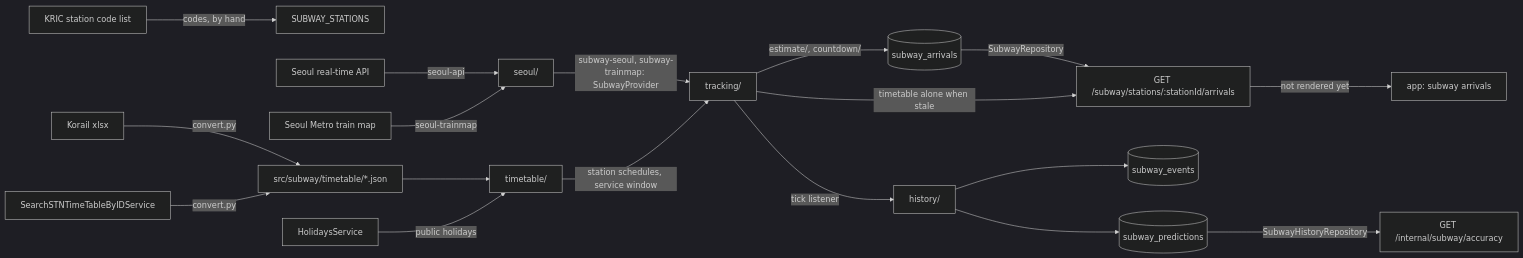
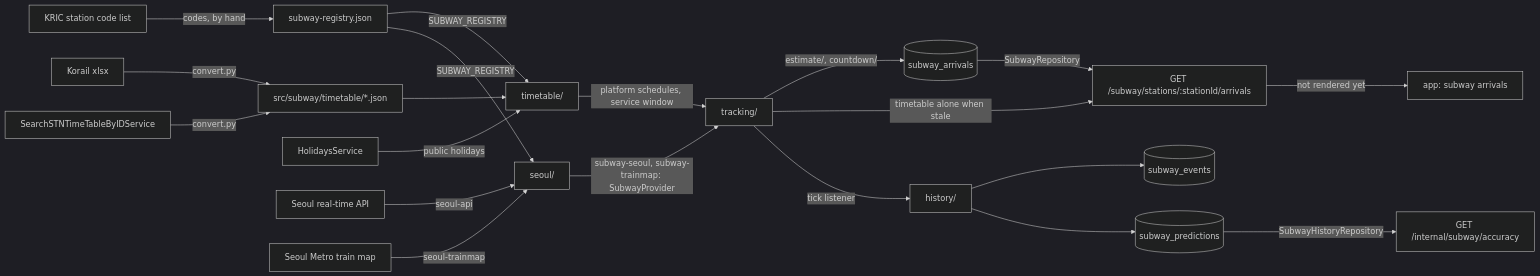
The diagram in docs/explanation/subway-architecture.md (skkuverse/skkuverse-server), drawn with Mermaid (dark theme) before and after one commit. The commit also changed other lines of this file and 61 other files, not shown here.

Commit message:
feat(subway): serve stations from a registry, by slug, with every line

````diff
--- a/docs/explanation/subway-architecture.md
+++ b/docs/explanation/subway-architecture.md
@@ -84,20 +87,22 @@
 ```mermaid
 flowchart LR
-  kric["KRIC station code list"] -->|codes, by hand| stations["SUBWAY_STATIONS"]
+  kric["KRIC station code list"] -->|codes, by hand| registry["subway-registry.json"]
   xlsx["Korail xlsx"] -->|convert.py| tt["src/subway/timetable/*.json"]
   seoultt["SearchSTNTimeTableByIDService"] -->|convert.py| tt
   tt --> timetable["timetable/"]
+  registry -->|SUBWAY_REGISTRY| timetable
+  registry -->|SUBWAY_REGISTRY| seoul
   holidays["HolidaysService"] -->|public holidays| timetable
   seoulapi["Seoul real-time API"] -->|seoul-api| seoul["seoul/"]
   trainmap["Seoul Metro train map"] -->|seoul-trainmap| seoul
   seoul -->|"subway-seoul, subway-trainmap: SubwayProvider"| tracking["tracking/"]
-  timetable -->|station schedules, service window| tracking
+  timetable -->|platform schedules, service window| tracking
   tracking -->|"estimate/, countdown/"| coll[("subway_arrivals")]
   coll -->|SubwayRepository| route["GET /subway/stations/:stationId/arrivals"]
   tracking -->|timetable alone when stale| route
   route -->|not rendered yet| screen["app: subway arrivals"]
   tracking -->|tick listener| history["history/"]
   history --> events[("subway_events")]
   history --> predictions[("subway_predictions")]
   predictions -->|SubwayHistoryRepository| report["GET /internal/subway/accuracy"]
 ```
````
